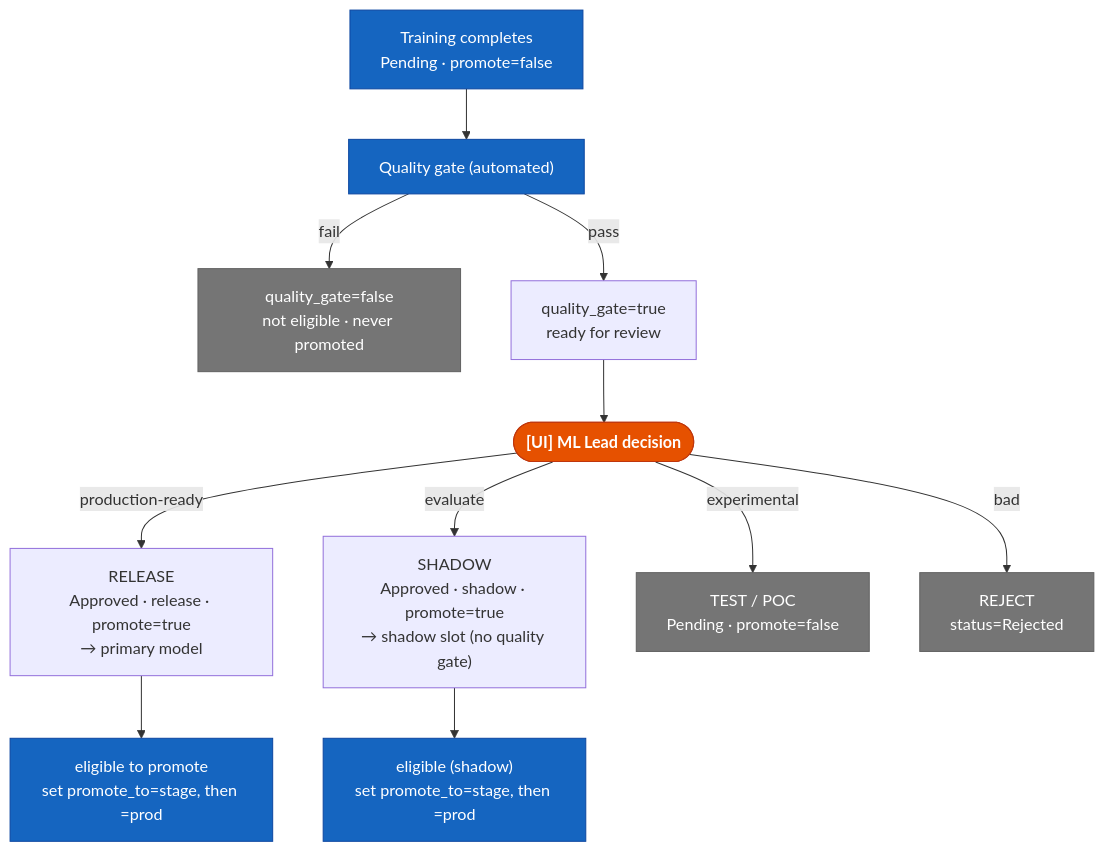
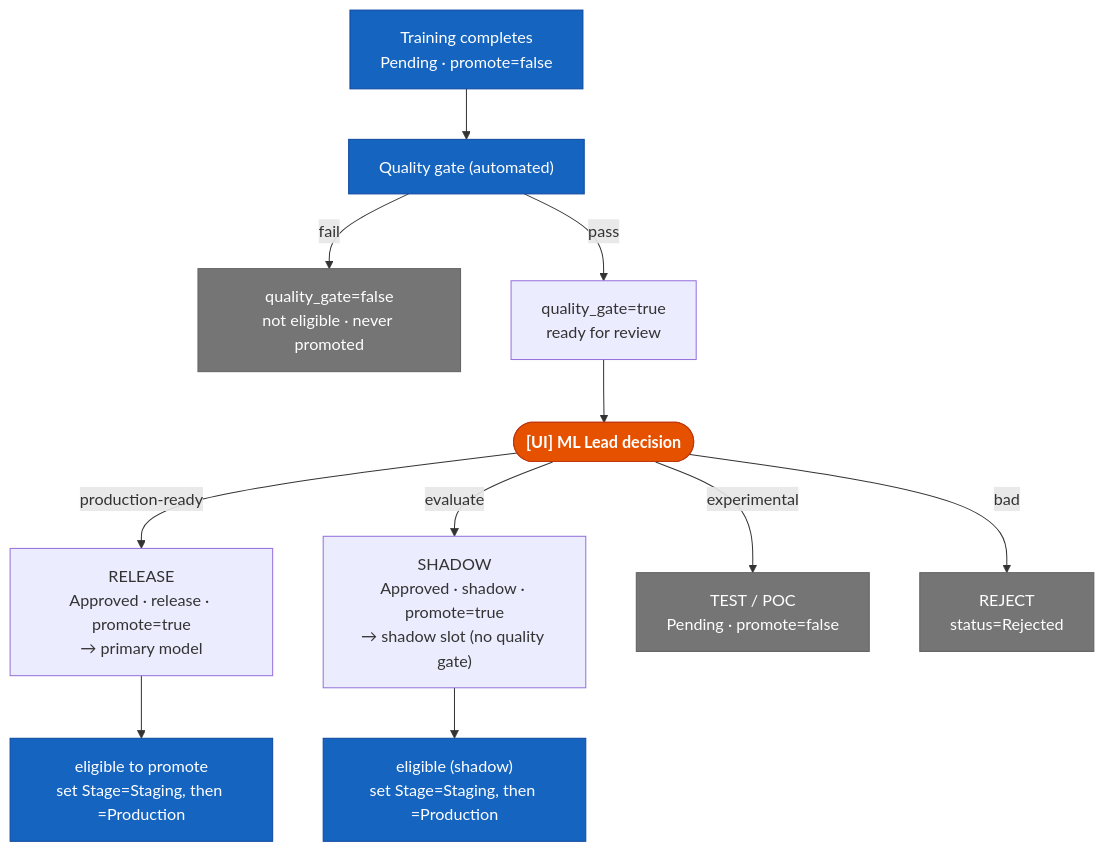
Before and after one commit to schilker/public: the fifth of 6 diagrams in test.md, drawn with Mermaid. The commit also changed other lines of this file, not shown here.

````diff
--- a/test.md
+++ b/test.md
@@ -326,32 +316,32 @@
 ```mermaid
 flowchart TD
     classDef human fill:#e65100,stroke:#bf360c,color:#fff,font-weight:bold
     classDef auto  fill:#1565c0,stroke:#0d47a1,color:#fff
     classDef dead  fill:#757575,stroke:#616161,color:#fff
 
     START["Training completes\nPending · promote=false"]
     QG["Quality gate (automated)"]
     START --> QG
     FAIL["quality_gate=false\nnot eligible · never promoted"]
     PASS["quality_gate=true\nready for review"]
     QG -- "fail" --> FAIL
     QG -- "pass" --> PASS
     DEC(["[UI] ML Lead decision"])
     PASS --> DEC
     REL["RELEASE\nApproved · release · promote=true\n→ primary model"]
     SHAD["SHADOW\nApproved · shadow · promote=true\n→ shadow slot (no quality gate)"]
     TEST["TEST / POC\nPending · promote=false"]
     REJ["REJECT\nstatus=Rejected"]
     DEC -- "production-ready" --> REL
     DEC -- "evaluate" --> SHAD
     DEC -- "experimental" --> TEST
     DEC -- "bad" --> REJ
-    EB1["eligible to promote\nset promote_to=stage, then =prod"]
-    EB2["eligible (shadow)\nset promote_to=stage, then =prod"]
+    EB1["eligible to promote\nset Stage=Staging, then =Production"]
+    EB2["eligible (shadow)\nset Stage=Staging, then =Production"]
     REL --> EB1
     SHAD --> EB2
 
     class DEC human
     class START,QG,EB1,EB2 auto
     class FAIL,TEST,REJ dead
 ```
````
